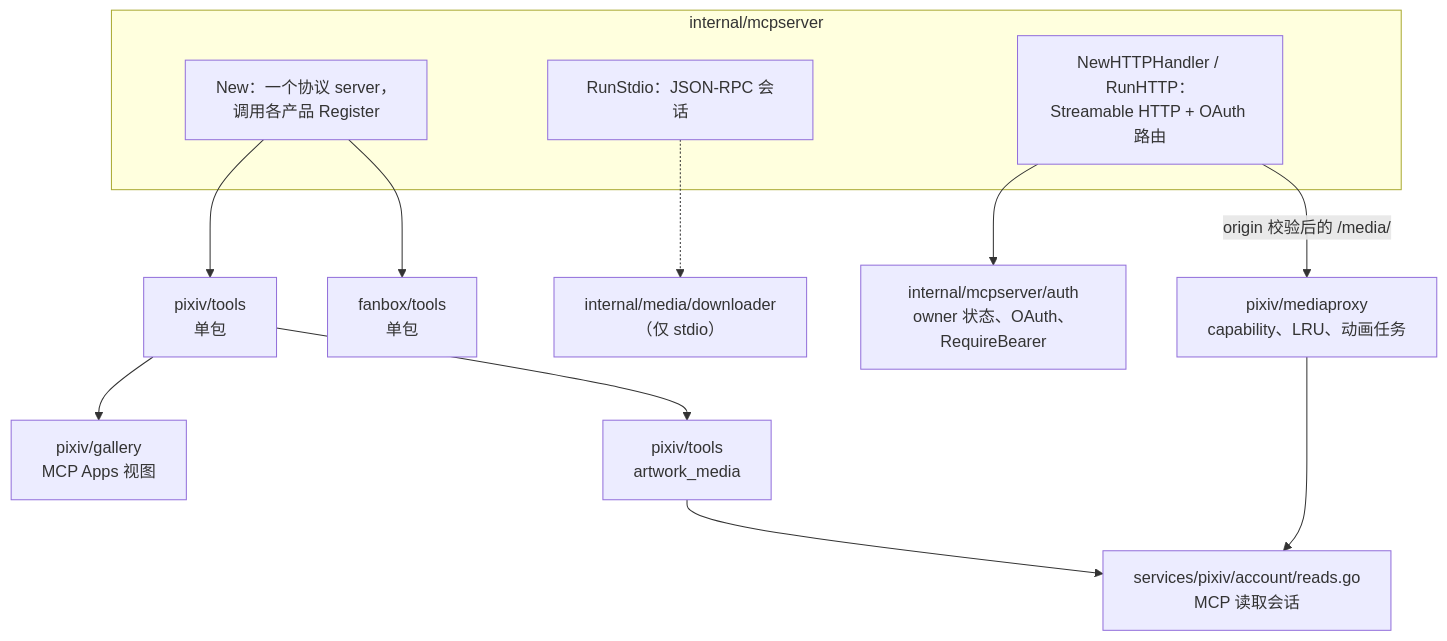
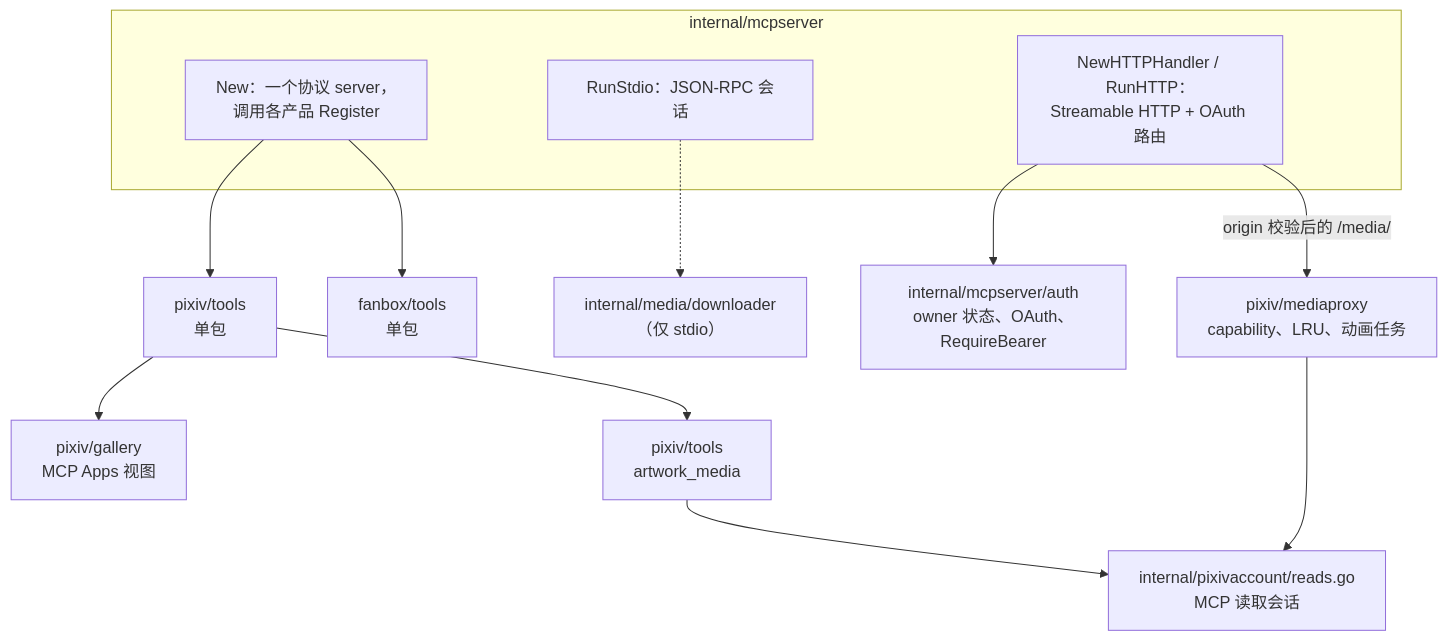
One commit to FlanChanXwO/pixiv-cli changed the first of 2 diagrams in docs/zh-CN/maintainers/architecture-mcp.md. Above: the diagram before and after it, drawn with Mermaid. The commit also changed 67 other files, not shown here.

````diff
--- a/docs/zh-CN/maintainers/architecture-mcp.md
+++ b/docs/zh-CN/maintainers/architecture-mcp.md
@@ -7,22 +7,22 @@
 ```mermaid
 flowchart TB
     subgraph root["internal/mcpserver"]
         NEW["New：一个协议 server，<br/>调用各产品 Register"]
         STDIO["RunStdio：JSON-RPC 会话"]
         HTTP["NewHTTPHandler / RunHTTP：<br/>Streamable HTTP + OAuth 路由"]
     end
     AUTH["internal/mcpserver/auth<br/>owner 状态、OAuth、RequireBearer"]
     PX["pixiv/tools<br/>单包"]
     FB["fanbox/tools<br/>单包"]
     GAL["pixiv/gallery<br/>MCP Apps 视图"]
     MP["pixiv/mediaproxy<br/>capability、LRU、动画任务"]
     AM["pixiv/tools<br/>artwork_media"]
-    RS["services/pixiv/account/reads.go<br/>MCP 读取会话"]
+    RS["internal/pixivaccount/reads.go<br/>MCP 读取会话"]
     DL["internal/media/downloader<br/>（仅 stdio）"]
     NEW --> PX & FB
     HTTP --> AUTH
     HTTP -->|"origin 校验后的 /media/"| MP
     PX --> GAL & AM
     AM & MP --> RS
     STDIO -.-> DL
 ```
````
